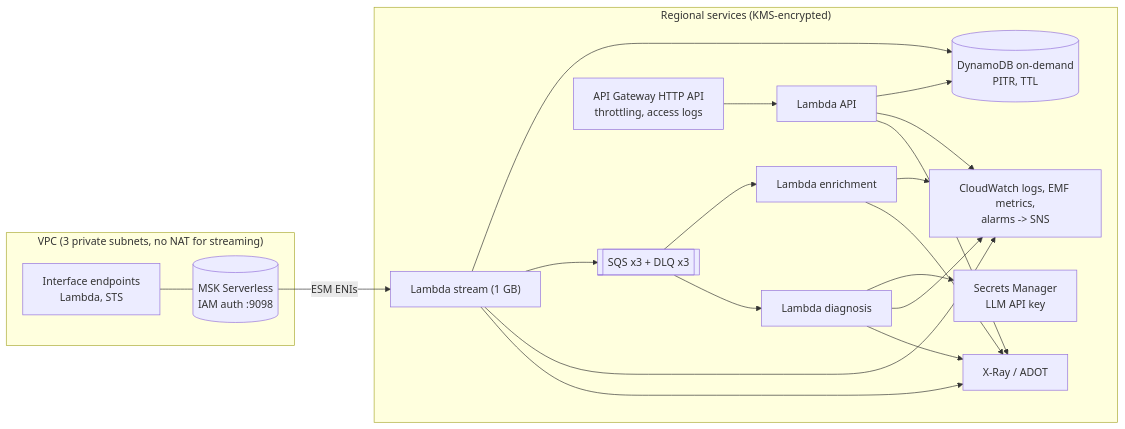
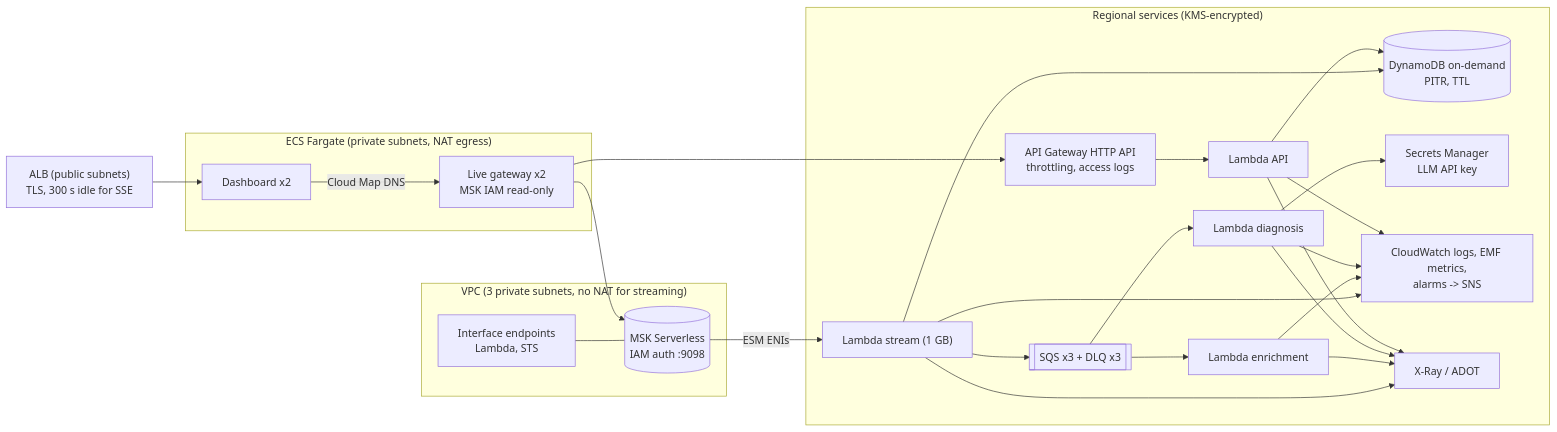
Before and after one commit to oscar-rolando-alvarez/portfolio: the sixth of 6 diagrams in iot-fleet-intelligence/README.md, drawn with Mermaid. The commit also changed other lines of this file and 136 other files, not shown here.

First line of the commit message:
feat(iot-fleet-intelligence): bilingual real-time operations & executive dashboard with live SSE gateway (#52)

````diff
--- a/iot-fleet-intelligence/README.md
+++ b/iot-fleet-intelligence/README.md
@@ -192,29 +303,38 @@
 ```mermaid
 flowchart LR
     subgraph vpc["VPC (3 private subnets, no NAT for streaming)"]
         msk[("MSK Serverless<br/>IAM auth :9098")]
         vpce["Interface endpoints<br/>Lambda, STS"]
     end
     subgraph regional["Regional services (KMS-encrypted)"]
         l1["Lambda stream (1 GB)"]
         l2["Lambda enrichment"]
         l3["Lambda diagnosis"]
         l4["Lambda API"]
         ddb[("DynamoDB on-demand<br/>PITR, TTL")]
         sqs[["SQS x3 + DLQ x3"]]
         sm["Secrets Manager<br/>LLM API key"]
         cw["CloudWatch logs, EMF metrics,<br/>alarms -> SNS"]
         xr["X-Ray / ADOT"]
         gw["API Gateway HTTP API<br/>throttling, access logs"]
     end
     msk -- "ESM ENIs" --> l1
     vpce --- msk
     l1 --> ddb
     l1 --> sqs
     sqs --> l2
     sqs --> l3
     l3 --> sm
     gw --> l4 --> ddb
     l1 & l2 & l3 & l4 --> cw
     l1 & l2 & l3 & l4 --> xr
+    subgraph ecs["ECS Fargate (private subnets, NAT egress)"]
+        gwt["Live gateway x2<br/>MSK IAM read-only"]
+        uit["Dashboard x2"]
+    end
+    alb["ALB (public subnets)<br/>TLS, 300 s idle for SSE"]
+    alb --> uit
+    uit -- "Cloud Map DNS" --> gwt
+    gwt --> msk
+    gwt --> gw
 ```
````
